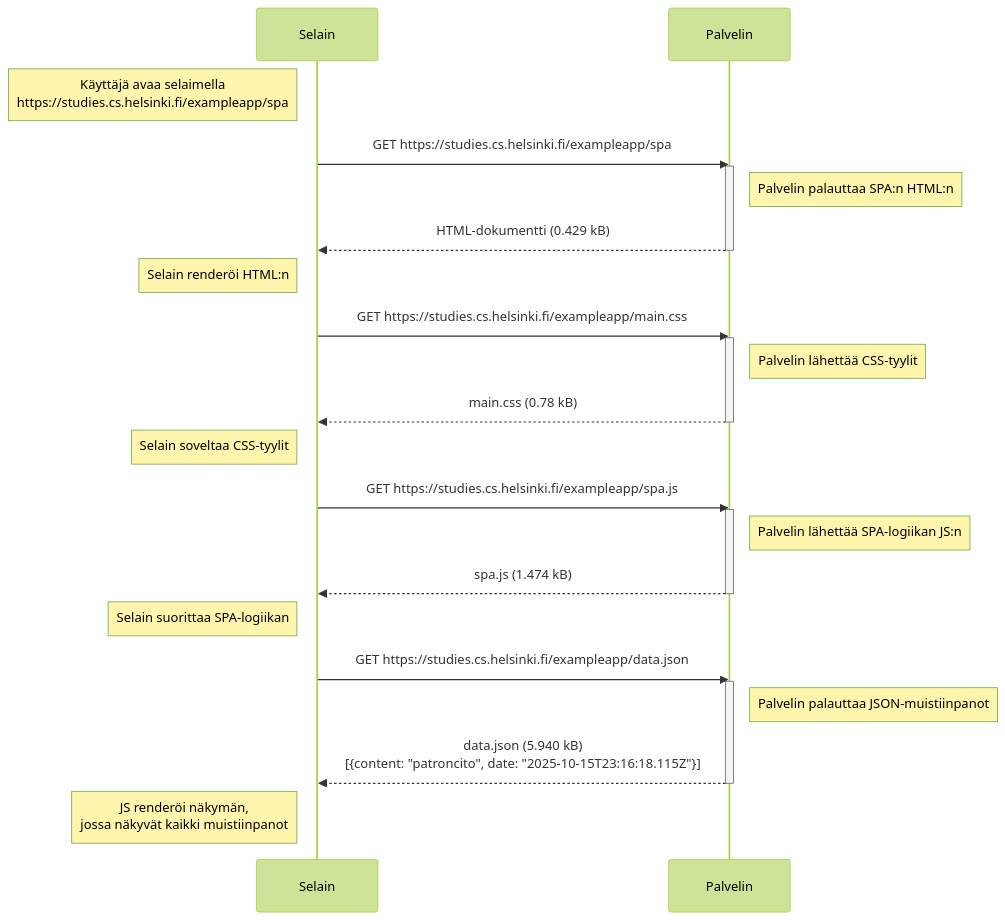
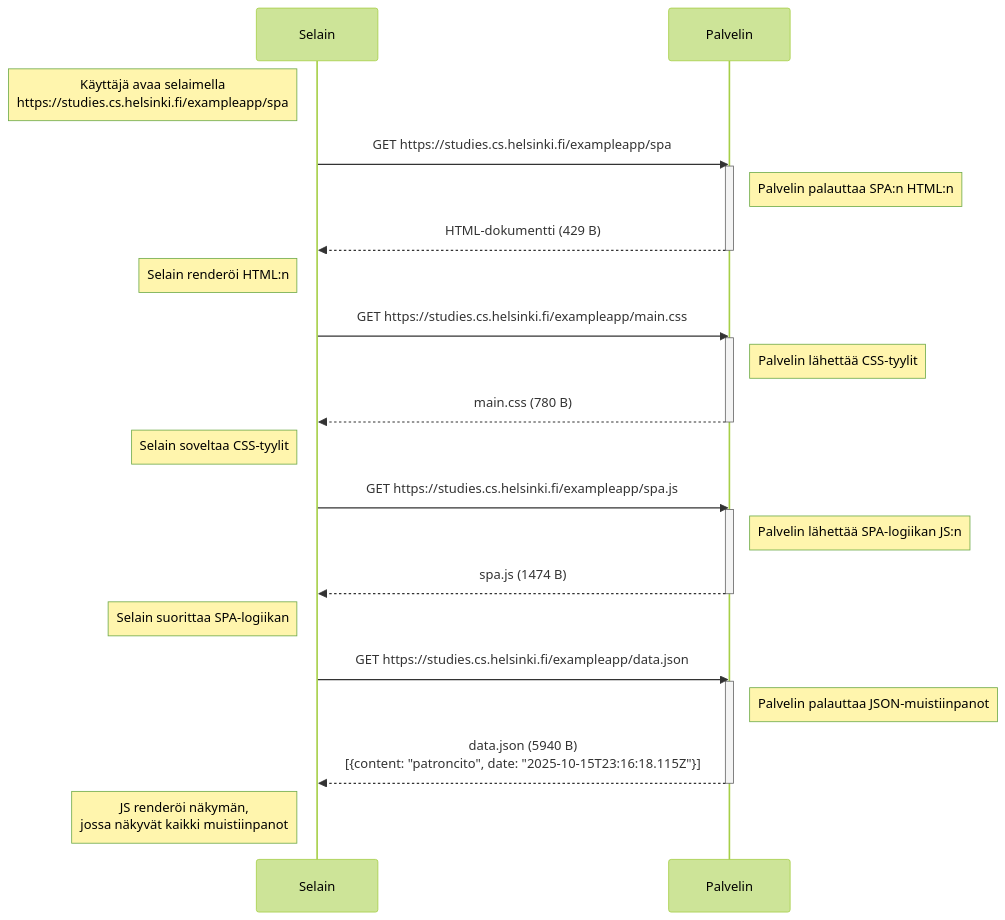
One commit to Laaloz/Fullstackopen changed the diagram in osa0/0.5: single page app.md. Above: the diagram before and after it, drawn with Mermaid (forest theme).

Commit message:
Update 0.5: single page app.md

````diff
--- a/osa0/0.5: single page app.md
+++ b/osa0/0.5: single page app.md
@@ -3,35 +3,35 @@
 ```mermaid
 sequenceDiagram
     participant Selain
     participant Palvelin
 
     Note left of Selain: Käyttäjä avaa selaimella<br/>https://studies.cs.helsinki.fi/exampleapp/spa
 
     Selain->>Palvelin: GET https://studies.cs.helsinki.fi/exampleapp/spa
     activate Palvelin
     Note right of Palvelin: Palvelin palauttaa SPA:n HTML:n
-    Palvelin-->>Selain: HTML-dokumentti (0.429 kB)
+    Palvelin-->>Selain: HTML-dokumentti (429 B)
     deactivate Palvelin
     Note left of Selain: Selain renderöi HTML:n
 
     Selain->>Palvelin: GET https://studies.cs.helsinki.fi/exampleapp/main.css
     activate Palvelin
     Note right of Palvelin: Palvelin lähettää CSS-tyylit
-    Palvelin-->>Selain: main.css (0.78 kB)
+    Palvelin-->>Selain: main.css (780 B)
     deactivate Palvelin
     Note left of Selain: Selain soveltaa CSS-tyylit
 
     Selain->>Palvelin: GET https://studies.cs.helsinki.fi/exampleapp/spa.js
     activate Palvelin
     Note right of Palvelin: Palvelin lähettää SPA-logiikan JS:n
-    Palvelin-->>Selain: spa.js (1.474 kB)
+    Palvelin-->>Selain: spa.js (1474 B)
     deactivate Palvelin
     Note left of Selain: Selain suorittaa SPA-logiikan
 
     Selain->>Palvelin: GET https://studies.cs.helsinki.fi/exampleapp/data.json
     activate Palvelin
     Note right of Palvelin: Palvelin palauttaa JSON-muistiinpanot
-    Palvelin-->>Selain: data.json (5.940 kB)<br/>[{content: "patroncito", date: "2025-10-15T23:16:18.115Z"}]
+    Palvelin-->>Selain: data.json (5940 B)<br/>[{content: "patroncito", date: "2025-10-15T23:16:18.115Z"}]
     deactivate Palvelin
     Note left of Selain: JS renderöi näkymän,<br/>jossa näkyvät kaikki muistiinpanot
 ```
````
